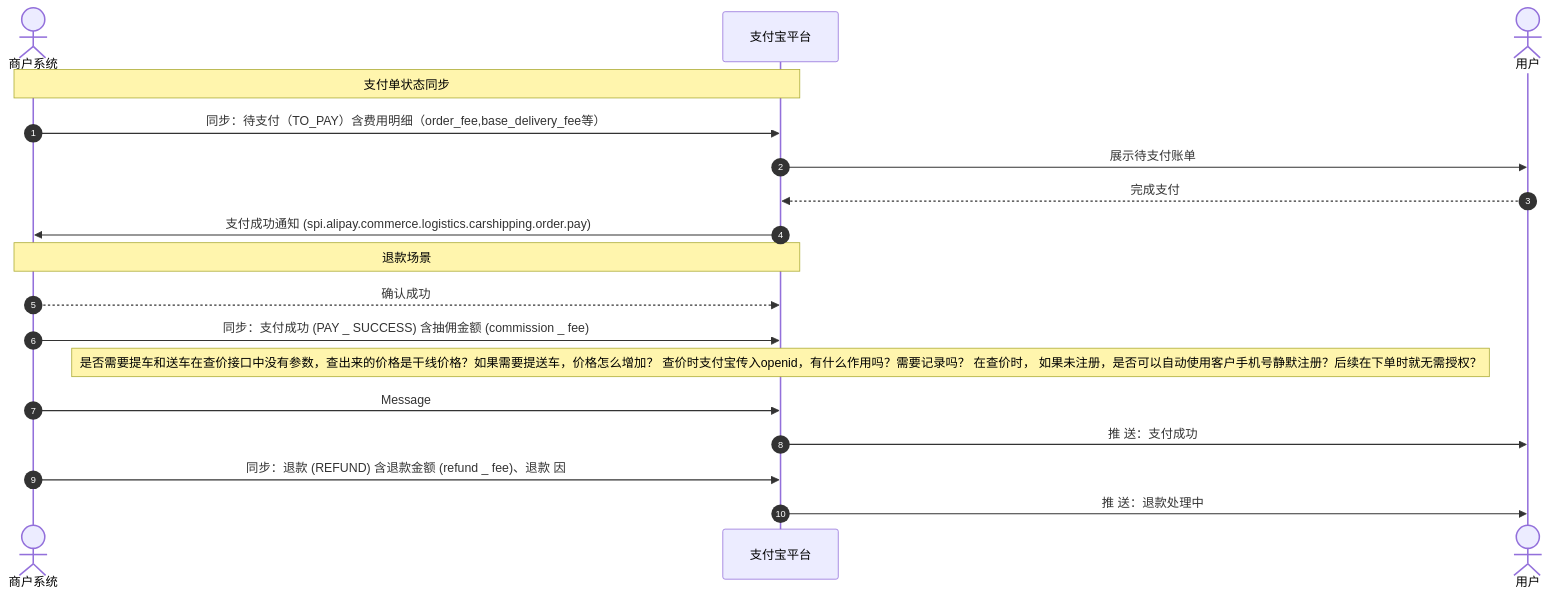
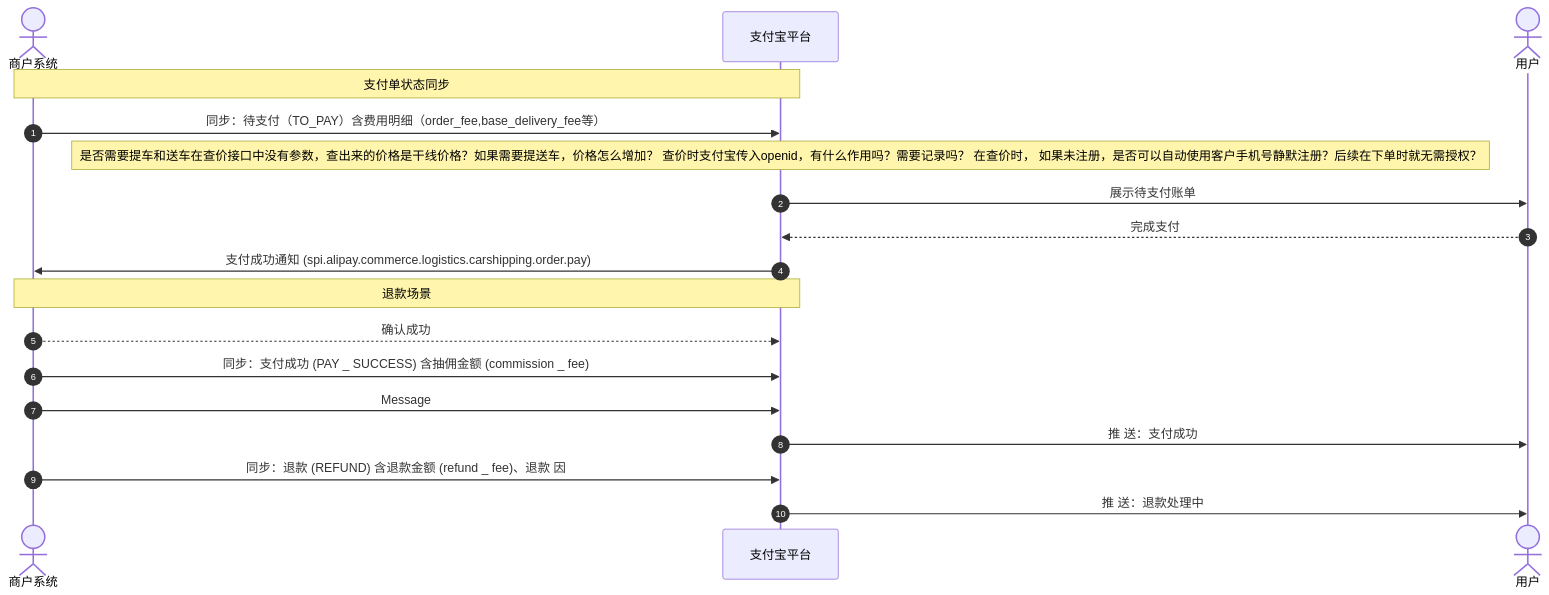
The diagram in mmd/支付单状态同步时序_b3042cb3-08c1-43b5-b440-32d3f6443821.mmd (pingpm/mermaid_vault), drawn with Mermaid before and after one commit. The commit also changed other lines of this file and 2 other files, not shown here.

Commit message:
Sync Mermaid Studio data (15 diagrams)

```diff
--- a/mmd/支付单状态同步时序_b3042cb3-08c1-43b5-b440-32d3f6443821.mmd
+++ b/mmd/支付单状态同步时序_b3042cb3-08c1-43b5-b440-32d3f6443821.mmd
@@ -1,18 +1,18 @@
 sequenceDiagram
   autonumber
   actor p0 as 商户系统
   participant p1 as ⽀付宝平台
   actor p2 as 用户
   Note over p0,p1: ⽀付单状态同步
   p0->>p1: 同步：待支付（TO_PAY）含费用明细（order_fee,base_delivery_fee等）
+  Note over p1: 是否需要提车和送车在查价接口中没有参数，查出来的价格是干线价格？如果需要提送车，价格怎么增加？ 查价时支付宝传入openid，有什么作用吗？需要记录吗？ 在查价时， 如果未注册，是否可以自动使用客户手机号静默注册？后续在下单时就无需授权？
   p1->>p2: 展示待⽀付账单
   p2-->>p1: 完成⽀付
   p1->>p0: ⽀付成功通知 (spi.alipay.commerce.logistics.carshipping.order.pay)
   Note over p0,p1: 退款场景
   p0-->>p1: 确认成功
   p0->>p1: 同步：⽀付成功 (PAY _ SUCCESS) 含抽佣⾦额 (commission _ fee)
-  Note over p1: 是否需要提车和送车在查价接口中没有参数，查出来的价格是干线价格？如果需要提送车，价格怎么增加？ 查价时支付宝传入openid，有什么作用吗？需要记录吗？ 在查价时， 如果未注册，是否可以自动使用客户手机号静默注册？后续在下单时就无需授权？
   p0->>p1: Message
   p1->>p2: 推 送：⽀付成功
   p0->>p1: 同步：退款 (REFUND) 含退款⾦额 (refund _ fee)、退款 因
   p1->>p2: 推 送：退款处理中
```
